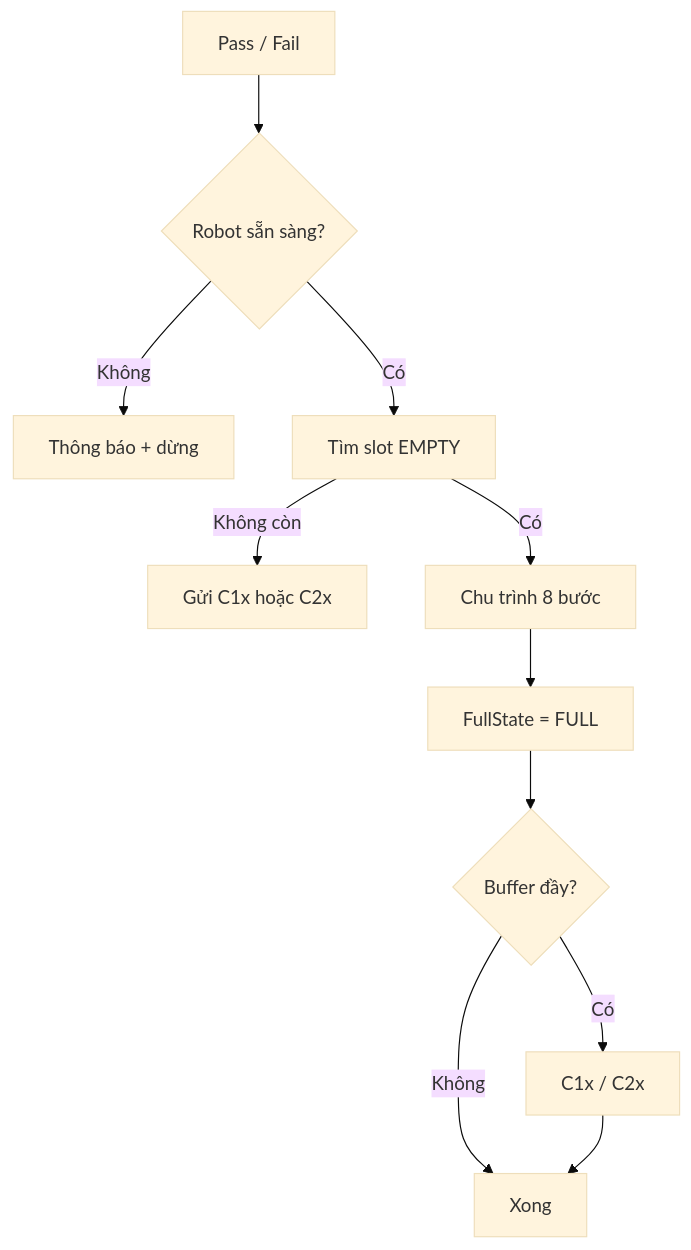
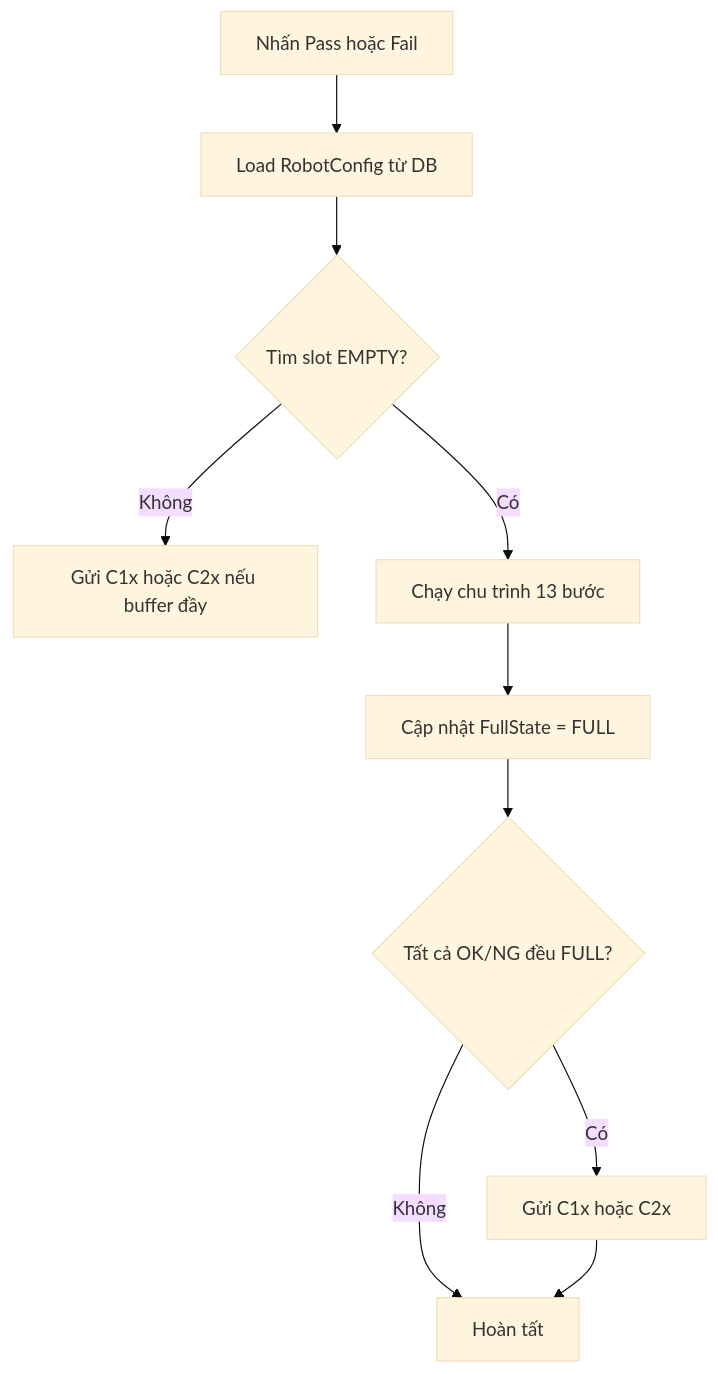
One commit to cmsang/haui changed the third of 4 diagrams in Haui.PCB/docs/ROBOT_WORKFLOW.md. Above: the diagram before and after it, drawn with Mermaid (base theme). The commit also changed other lines of this file and 11 other files, not shown here.

````diff
--- a/Haui.PCB/docs/ROBOT_WORKFLOW.md
+++ b/Haui.PCB/docs/ROBOT_WORKFLOW.md
@@ -351,13 +237,12 @@
 ```mermaid
 flowchart TD
-    A[Pass / Fail] --> B{Robot sẵn sàng?}
-    B -->|Không| X[Thông báo + dừng]
-    B -->|Có| C[Tìm slot EMPTY]
-    C -->|Không còn| D[Gửi C1x hoặc C2x]
-    C -->|Có| E[Chu trình 8 bước]
-    E --> F[FullState = FULL]
-    F --> G{Buffer đầy?}
-    G -->|Có| H[C1x / C2x]
-    G -->|Không| I[Xong]
+    A[Nhấn Pass hoặc Fail] --> B[Load RobotConfig từ DB]
+    B --> C{Tìm slot EMPTY?}
+    C -->|Không| D[Gửi C1x hoặc C2x nếu buffer đầy]
+    C -->|Có| E[Chạy chu trình 13 bước]
+    E --> F[Cập nhật FullState = FULL]
+    F --> G{Tất cả OK/NG đều FULL?}
+    G -->|Có| H[Gửi C1x hoặc C2x]
+    G -->|Không| I[Hoàn tất]
     H --> I
 ```
````
